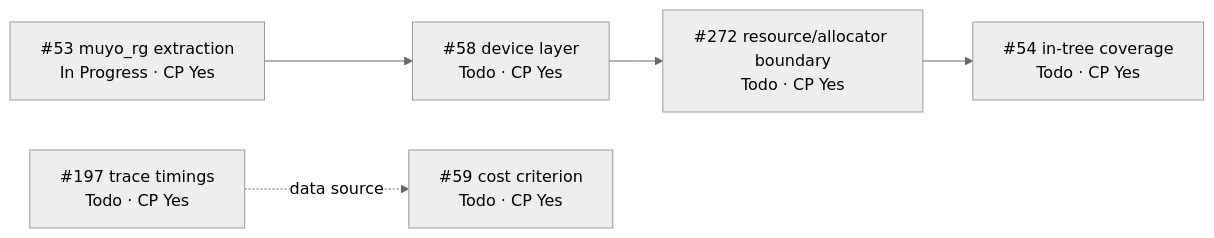
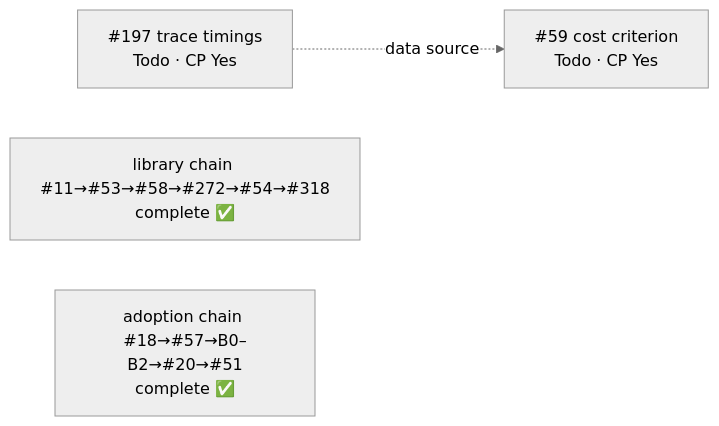
Before and after one commit to v3c70r/Muyo: the second of 2 diagrams in docs/Roadmap-Visual.md, drawn with Mermaid (neutral theme). The commit also changed other lines of this file and 8 other files, not shown here.

First line of the commit message:
docs: post-split sync of roadmap, README, baseline and process refs (#333)

````diff
--- a/docs/Roadmap-Visual.md
+++ b/docs/Roadmap-Visual.md
@@ -62,11 +63,8 @@
 ```mermaid
 flowchart LR
-    L53["#53 muyo_rg extraction<br/>In Progress · CP Yes"]
-    L58["#58 device layer<br/>Todo · CP Yes"]
-    L272["#272 resource/allocator boundary<br/>Todo · CP Yes"]
-    L54["#54 in-tree coverage<br/>Todo · CP Yes"]
     C59["#59 cost criterion<br/>Todo · CP Yes"]
     C197["#197 trace timings<br/>Todo · CP Yes"]
-    L53 --> L58 --> L272 --> L54
     C197 -. data source .-> C59
+    LIB["library chain #11→#53→#58→#272→#54→#318<br/>complete ✅"]
+    ADP["adoption chain #18→#57→B0–B2→#20→#51<br/>complete ✅"]
 ```
````
